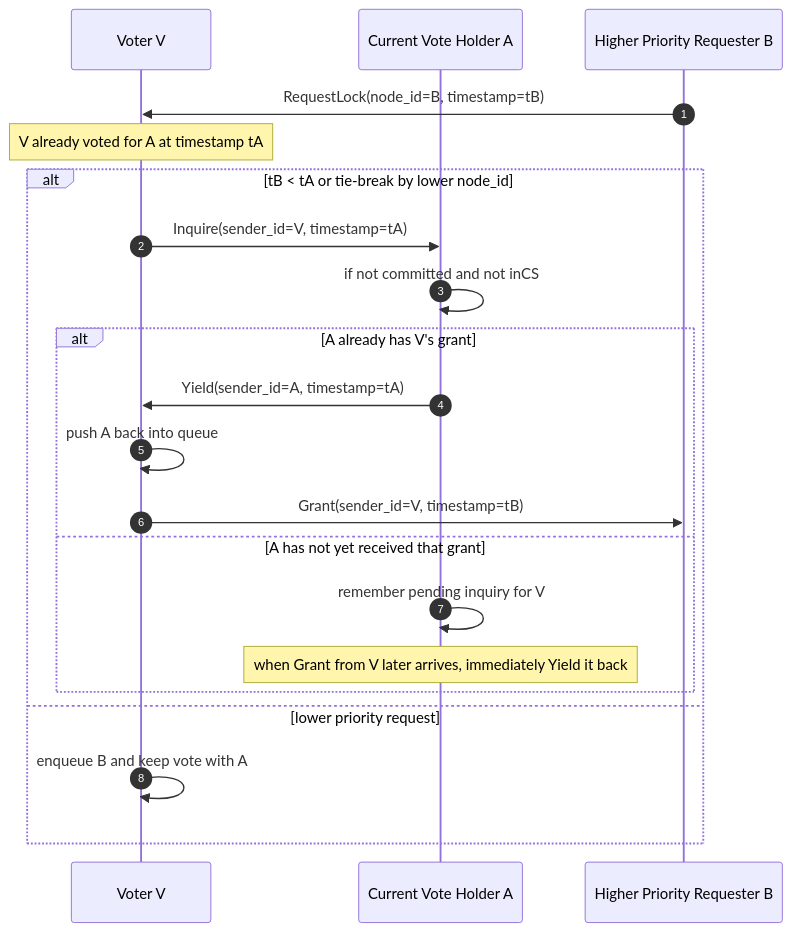
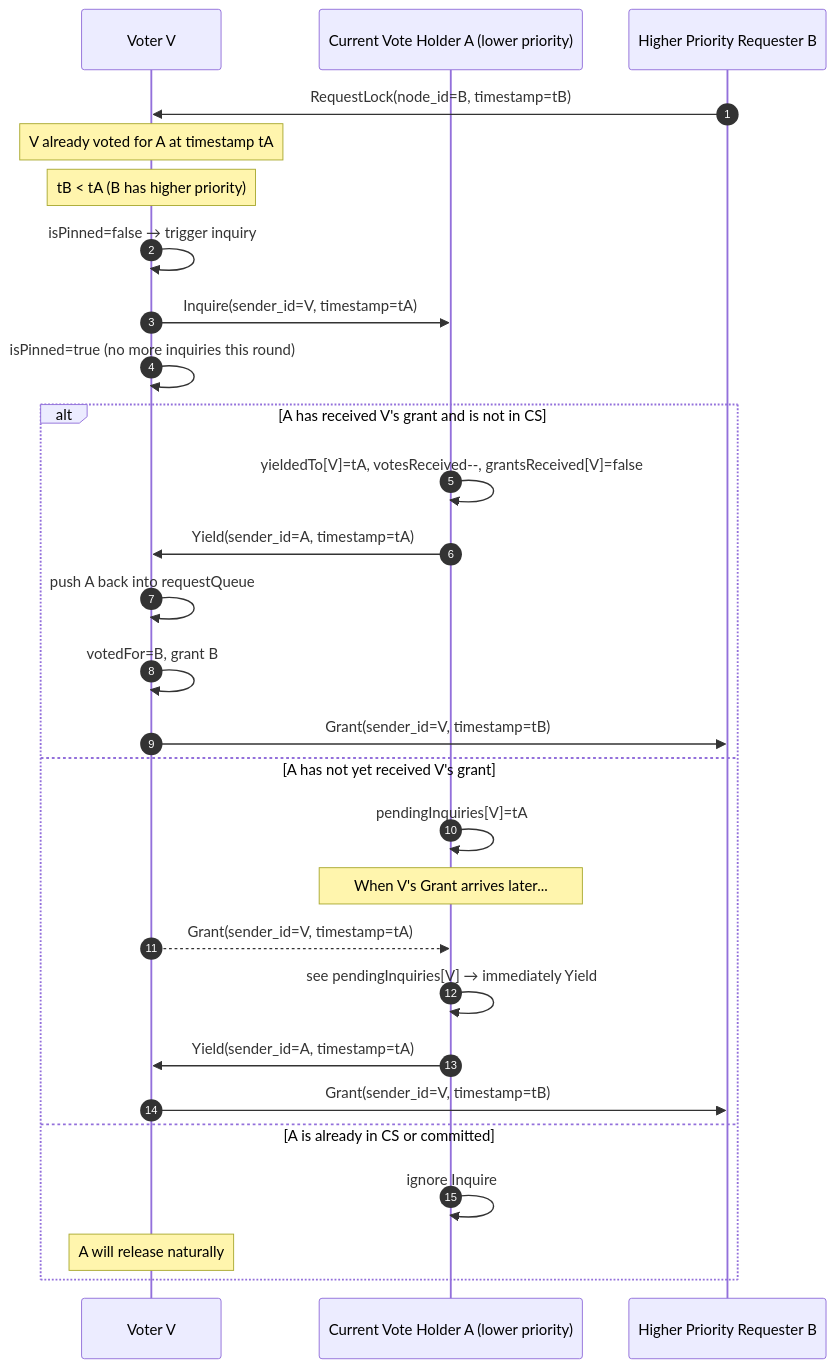
Before and after one commit to ElliotMonde/Raft-Maekawa-Sync: the fourth of 7 diagrams in docs/maekawa-raft-sequence.md, drawn with Mermaid. The commit also changed other lines of this file and 21 other files, not shown here.

Commit message:
Fixes that were not committed before demo and extra documentations

````diff
--- a/docs/maekawa-raft-sequence.md
+++ b/docs/maekawa-raft-sequence.md
@@ -112,25 +338,33 @@
 ```mermaid
 sequenceDiagram
     autonumber
-    participant V as Voter V
-    participant A as Current Vote Holder A
-    participant B as Higher Priority Requester B
+    participant V  as Voter V
+    participant A  as Current Vote Holder A (lower priority)
+    participant B  as Higher Priority Requester B
 
     B->>V: RequestLock(node_id=B, timestamp=tB)
     Note over V: V already voted for A at timestamp tA
+    Note over V: tB < tA (B has higher priority)
 
-    alt tB < tA or tie-break by lower node_id
-        V->>A: Inquire(sender_id=V, timestamp=tA)
-        A->>A: if not committed and not inCS
-        alt A already has V's grant
-            A->>V: Yield(sender_id=A, timestamp=tA)
-            V->>V: push A back into queue
-            V->>B: Grant(sender_id=V, timestamp=tB)
-        else A has not yet received that grant
-            A->>A: remember pending inquiry for V
-            Note over A: when Grant from V later arrives, immediately Yield it back
-        end
-    else lower priority request
-        V->>V: enqueue B and keep vote with A
+    V->>V: isPinned=false → trigger inquiry
+    V->>A: Inquire(sender_id=V, timestamp=tA)
+    V->>V: isPinned=true (no more inquiries this round)
+
+    alt A has received V's grant and is not in CS
+        A->>A: yieldedTo[V]=tA, votesReceived--, grantsReceived[V]=false
+        A->>V: Yield(sender_id=A, timestamp=tA)
+        V->>V: push A back into requestQueue
+        V->>V: votedFor=B, grant B
+        V->>B: Grant(sender_id=V, timestamp=tB)
+    else A has not yet received V's grant
+        A->>A: pendingInquiries[V]=tA
+        Note over A: When V's Grant arrives later...
+        V-->>A: Grant(sender_id=V, timestamp=tA)
+        A->>A: see pendingInquiries[V] → immediately Yield
+        A->>V: Yield(sender_id=A, timestamp=tA)
+        V->>B: Grant(sender_id=V, timestamp=tB)
+    else A is already in CS or committed
+        A->>A: ignore Inquire
+        Note over V: A will release naturally
     end
 ```
````
